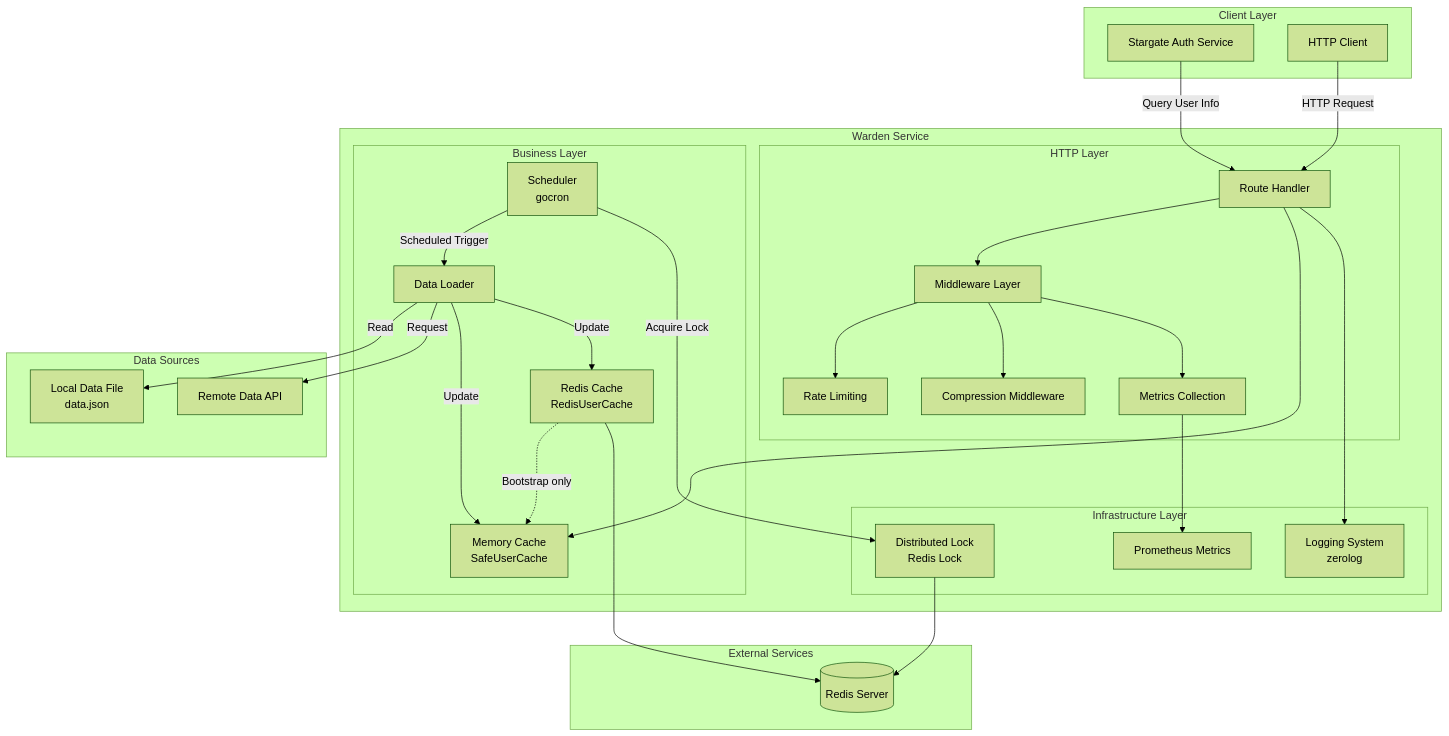
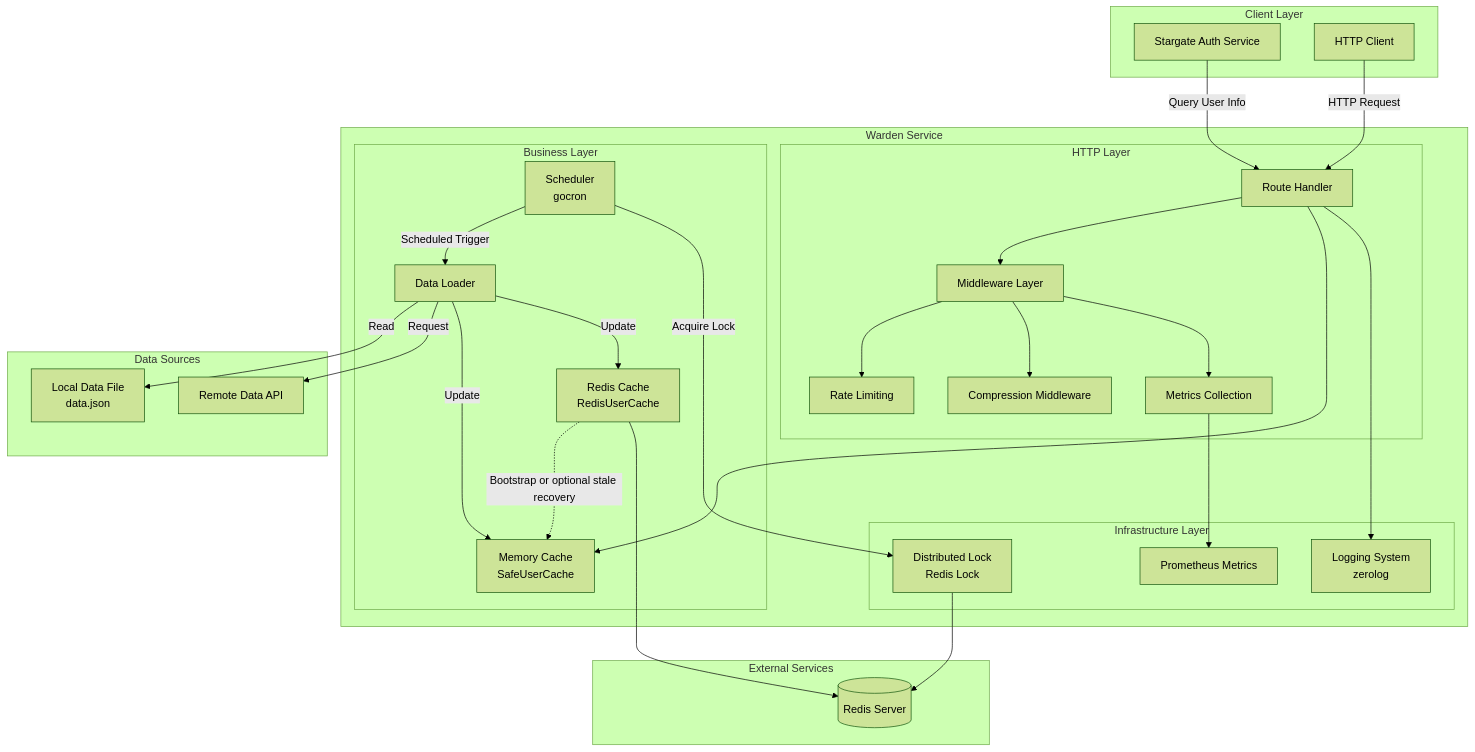
The first of 7 diagrams in docs/enUS/ARCHITECTURE.md (soulteary/warden), drawn with Mermaid (forest theme) before and after one commit. The commit also changed other lines of this file and 19 other files, not shown here.

````diff
--- a/docs/enUS/ARCHITECTURE.md
+++ b/docs/enUS/ARCHITECTURE.md
@@ -13,58 +13,58 @@
 ```mermaid
 graph TB
     subgraph "Client Layer"
         Stargate[Stargate Auth Service]
         Client[HTTP Client]
     end
 
     subgraph "Warden Service"
         subgraph "HTTP Layer"
             Router[Route Handler]
             Middleware[Middleware Layer]
             RateLimit[Rate Limiting]
             Compress[Compression Middleware]
             Metrics[Metrics Collection]
         end
 
         subgraph "Business Layer"
             UserCache[Memory Cache<br/>SafeUserCache]
             RedisCache[Redis Cache<br/>RedisUserCache]
             Loader[Data Loader]
             Scheduler[Scheduler<br/>gocron]
         end
 
         subgraph "Infrastructure Layer"
             Logger[Logging System<br/>zerolog]
             Prometheus[Prometheus Metrics]
             RedisLock[Distributed Lock<br/>Redis Lock]
         end
     end
 
     subgraph "Data Sources"
         LocalFile[Local Data File<br/>data.json]
         RemoteAPI[Remote Data API]
     end
 
     subgraph "External Services"
         Redis[(Redis Server)]
     end
 
     Stargate -->|Query User Info| Router
     Client -->|HTTP Request| Router
     Router --> Middleware
     Middleware --> RateLimit
     Middleware --> Compress
     Middleware --> Metrics
     Router --> UserCache
-    RedisCache -.->|Bootstrap only| UserCache
+    RedisCache -.->|Bootstrap or optional stale recovery| UserCache
     RedisCache --> Redis
     Scheduler -->|Scheduled Trigger| Loader
     Loader -->|Read| LocalFile
     Loader -->|Request| RemoteAPI
     Loader -->|Update| UserCache
     Loader -->|Update| RedisCache
     Scheduler -->|Acquire Lock| RedisLock
     RedisLock --> Redis
     Router --> Logger
     Metrics --> Prometheus
 ```
````
